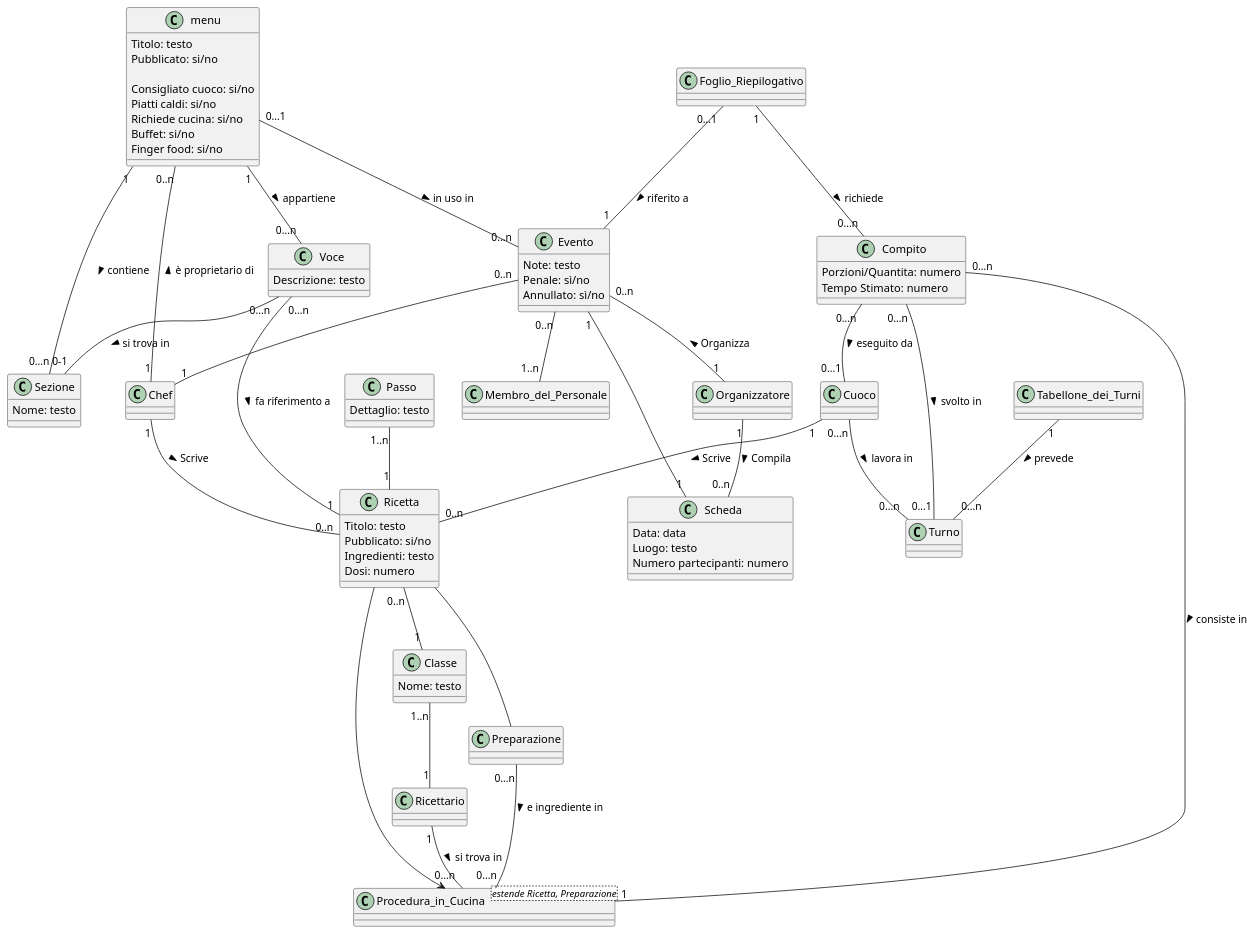
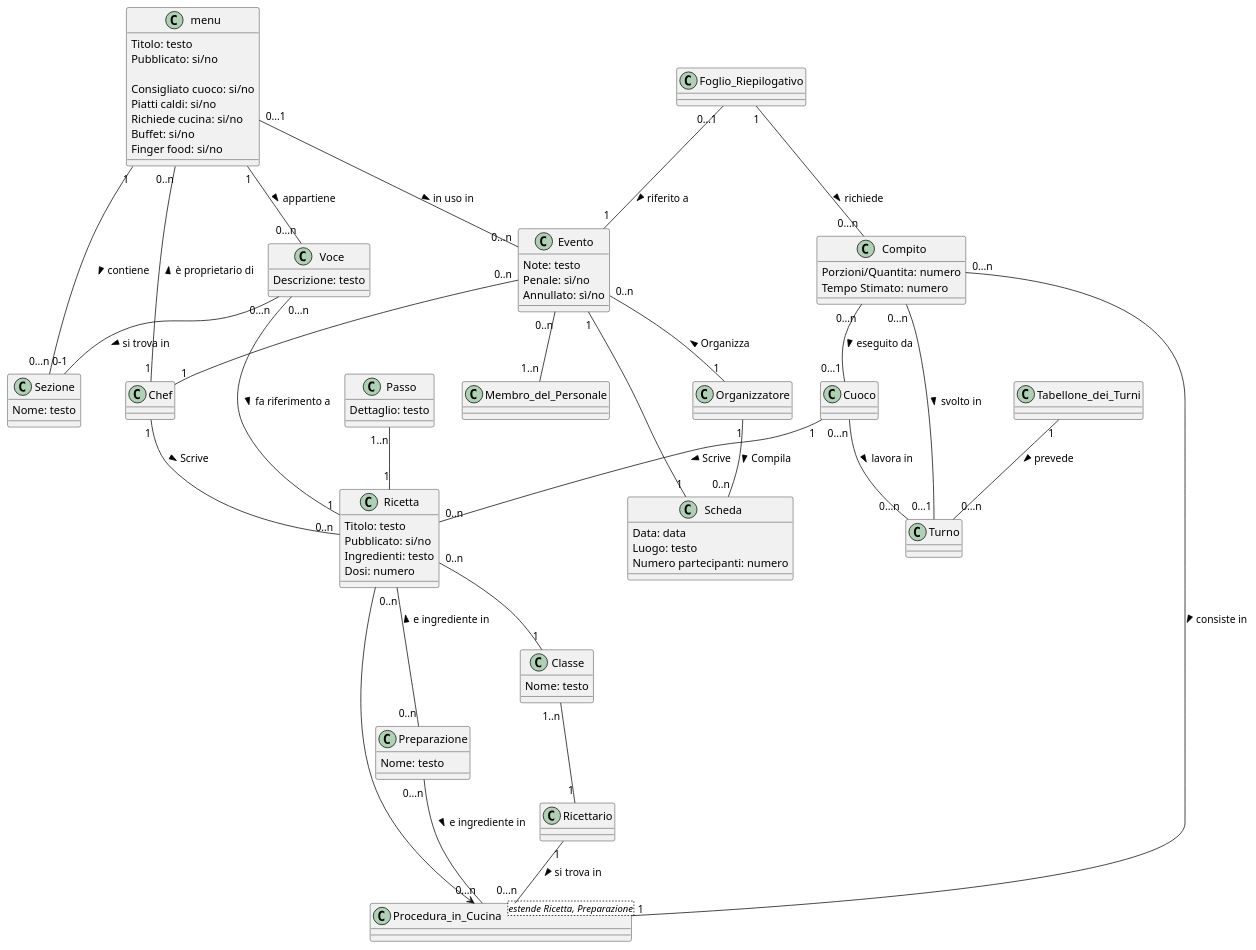
The diagram in mdd/modello-di-dominio.md (m0canu1/sas), drawn with PlantUML before and after one commit. The commit also changed 2 other files, not shown here.

Commit message:
Mega correzioni

```diff
--- a/mdd/modello-di-dominio.md
+++ b/mdd/modello-di-dominio.md
@@ -53,6 +53,10 @@
 	Annullato: sì/no
 }
 
+Class Preparazione{
+    Nome: testo
+}
+
 Chef "1" -- "0..n" menu: è proprietario di >
 Evento "0..n" -- "1" Chef
 Chef "1" -- "0..n" Ricetta: Scrive >
@@ -78,7 +82,7 @@
 Compito "0...n" -- "1" Procedura_in_Cucina: consiste in >
 Ricettario "1" -- "0...n" Procedura_in_Cucina: si trova in >
 Preparazione "0...n" -- "0...n" Procedura_in_Cucina: e ingrediente in >
-Ricetta -- Preparazione
+Ricetta "0..n" -- "0..n" Preparazione: e ingrediente in <
 Ricetta --> Procedura_in_Cucina
 
 
```
